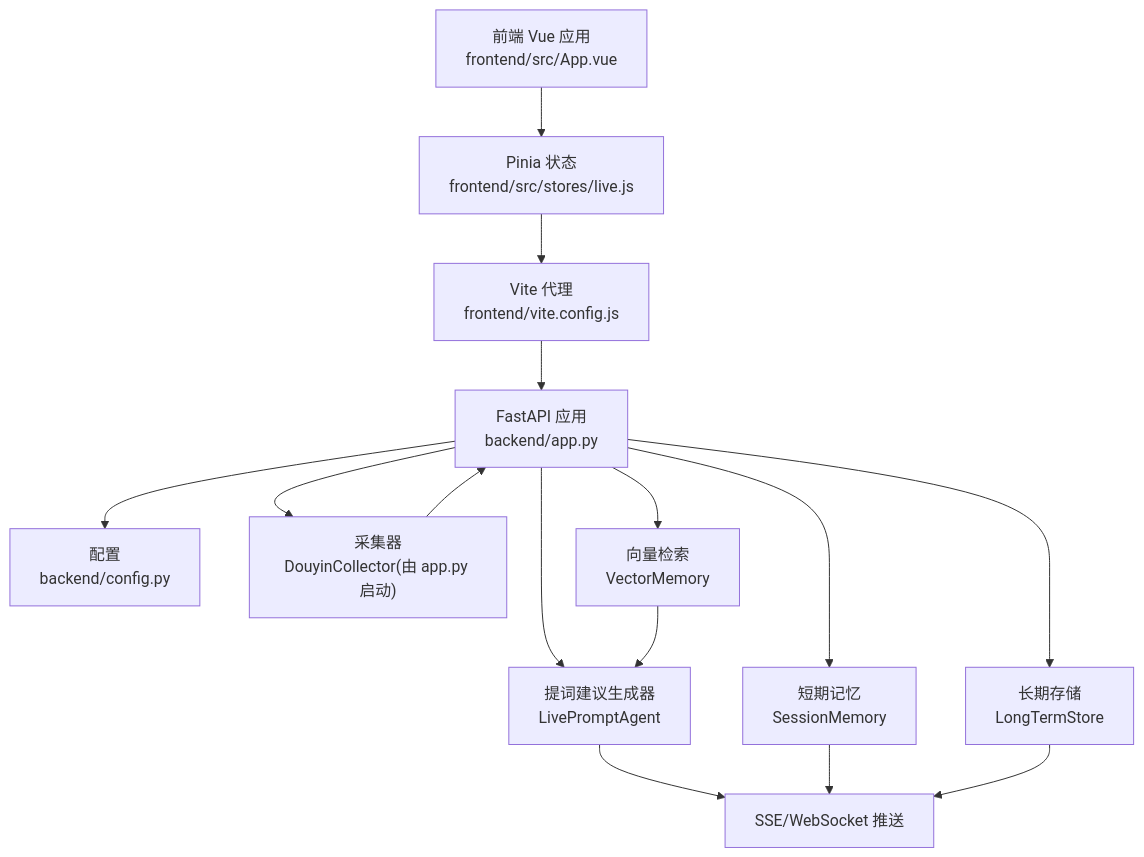
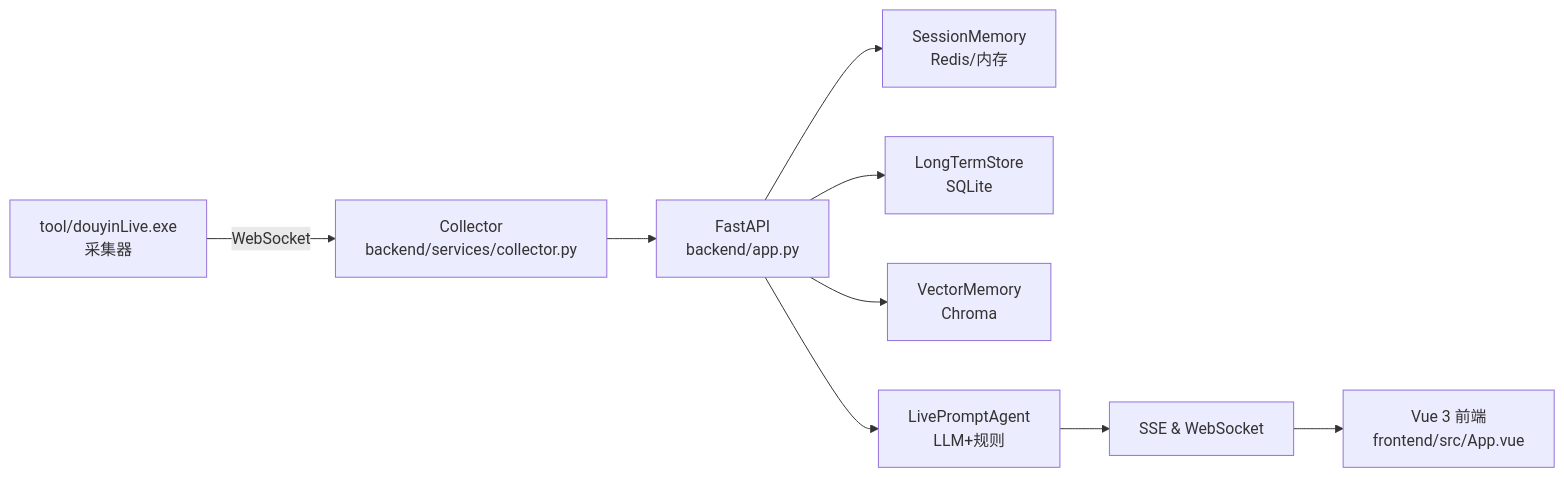
The second of 5 diagrams in .qoder/repowiki/zh/content/开发指南/开发指南.md (Moon-Force/DouYin_llm), drawn with Mermaid before and after one commit. The commit also changed other lines of this file and 218 other files, not shown here.

````diff
--- a/.qoder/repowiki/zh/content/开发指南/开发指南.md
+++ b/.qoder/repowiki/zh/content/开发指南/开发指南.md
@@ -133,28 +110,11 @@
 ```mermaid
-graph TB
-FE["前端 Vue 应用<br/>frontend/src/App.vue"]
-STORE["Pinia 状态<br/>frontend/src/stores/live.js"]
-VITE["Vite 代理<br/>frontend/vite.config.js"]
-API["FastAPI 应用<br/>backend/app.py"]
-CFG["配置<br/>backend/config.py"]
-COL["采集器<br/>DouyinCollector(由 app.py 启动)"]
-SM["短期记忆<br/>SessionMemory"]
-LTS["长期存储<br/>LongTermStore"]
-VM["向量检索<br/>VectorMemory"]
-AG["提词建议生成器<br/>LivePromptAgent"]
-SSE["SSE/WebSocket 推送"]
-FE --> STORE
-STORE --> VITE
-VITE --> API
-API --> CFG
-API --> COL
-API --> SM
-API --> LTS
-API --> VM
-API --> AG
-AG --> SSE
-SM --> SSE
-LTS --> SSE
-VM --> AG
-COL --> API
+graph LR
+A["tool/douyinLive.exe<br/>采集器"] --> |WebSocket| B["Collector<br/>backend/services/collector.py"]
+B --> C["FastAPI<br/>backend/app.py"]
+C --> D["SessionMemory<br/>Redis/内存"]
+C --> E["LongTermStore<br/>SQLite"]
+C --> F["VectorMemory<br/>Chroma"]
+C --> G["LivePromptAgent<br/>LLM+规则"]
+G --> H["SSE & WebSocket"]
+H --> I["Vue 3 前端<br/>frontend/src/App.vue"]
 ```
````
